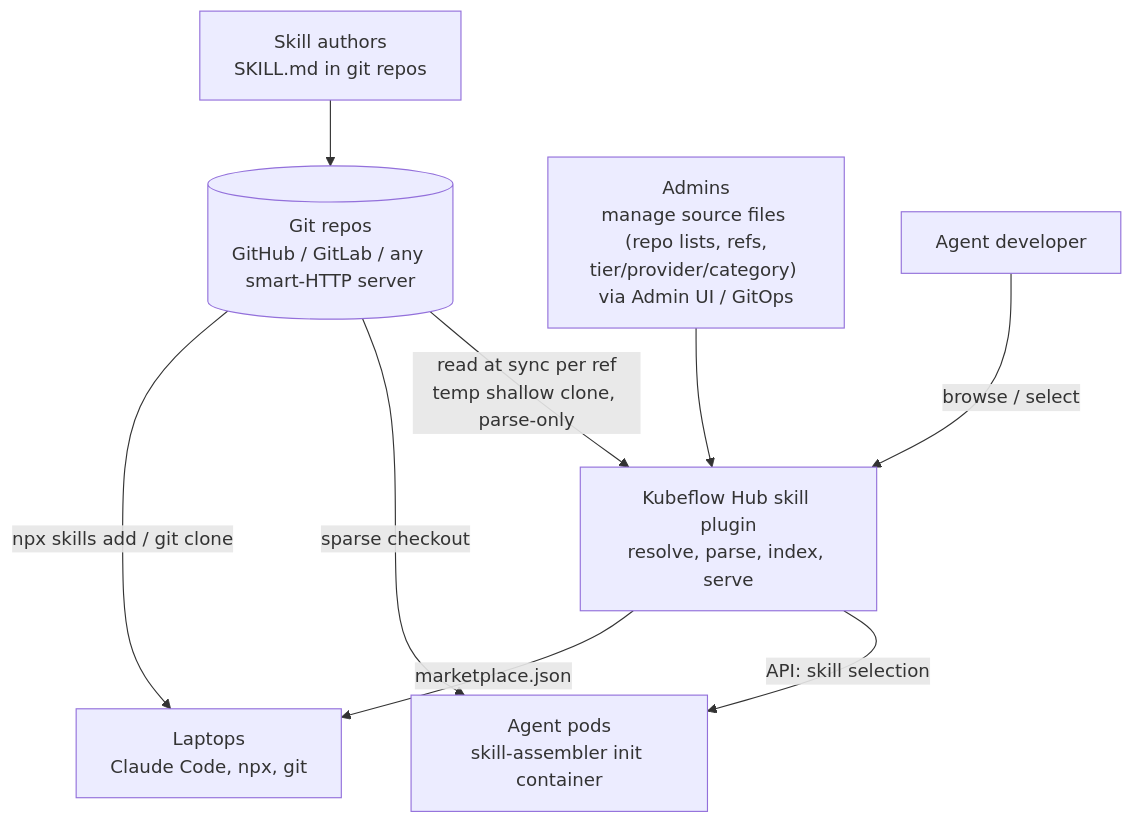
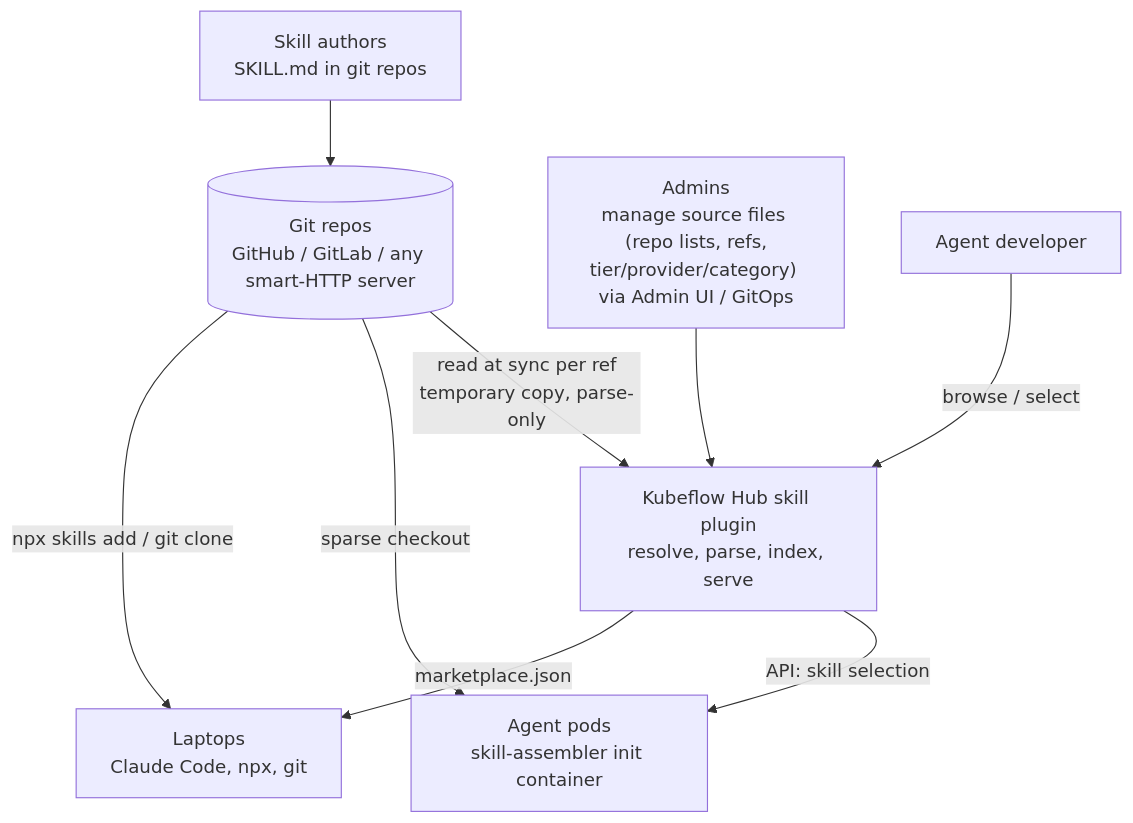
One commit to kubeflow/hub changed the first of 7 diagrams in proposals/KEP-0005-skills-catalog/skill-catalog-architecture.md. Above: the diagram before and after it, drawn with Mermaid. The commit also changed other lines of this file and 1 other file, not shown here.

Commit message:
Reduced some technical jargon for easier read

````diff
--- a/proposals/KEP-0005-skills-catalog/skill-catalog-architecture.md
+++ b/proposals/KEP-0005-skills-catalog/skill-catalog-architecture.md
@@ -14,11 +14,11 @@
 ```mermaid
 flowchart TB
     AUTHOR["Skill authors<br/>SKILL.md in git repos"] --> GIT[("Git repos<br/>GitHub / GitLab / any smart-HTTP server")]
     ADMIN["Admins<br/>manage source files (repo lists, refs,<br/>tier/provider/category) via Admin UI / GitOps"] --> HUB["Kubeflow Hub skill plugin<br/>resolve, parse, index, serve"]
-    GIT -->|"read at sync per ref<br/>temp shallow clone, parse-only"| HUB
+    GIT -->|"read at sync per ref<br/>temporary copy, parse-only"| HUB
     DEV["Agent developer"] -->|"browse / select"| HUB
     HUB -->|"API: skill selection"| AGENT["Agent pods<br/>skill-assembler init container"]
     GIT -->|"sparse checkout"| AGENT
     HUB -->|"marketplace.json"| LAPTOP["Laptops<br/>Claude Code, npx, git"]
     GIT -->|"npx skills add / git clone"| LAPTOP
 ```
````
